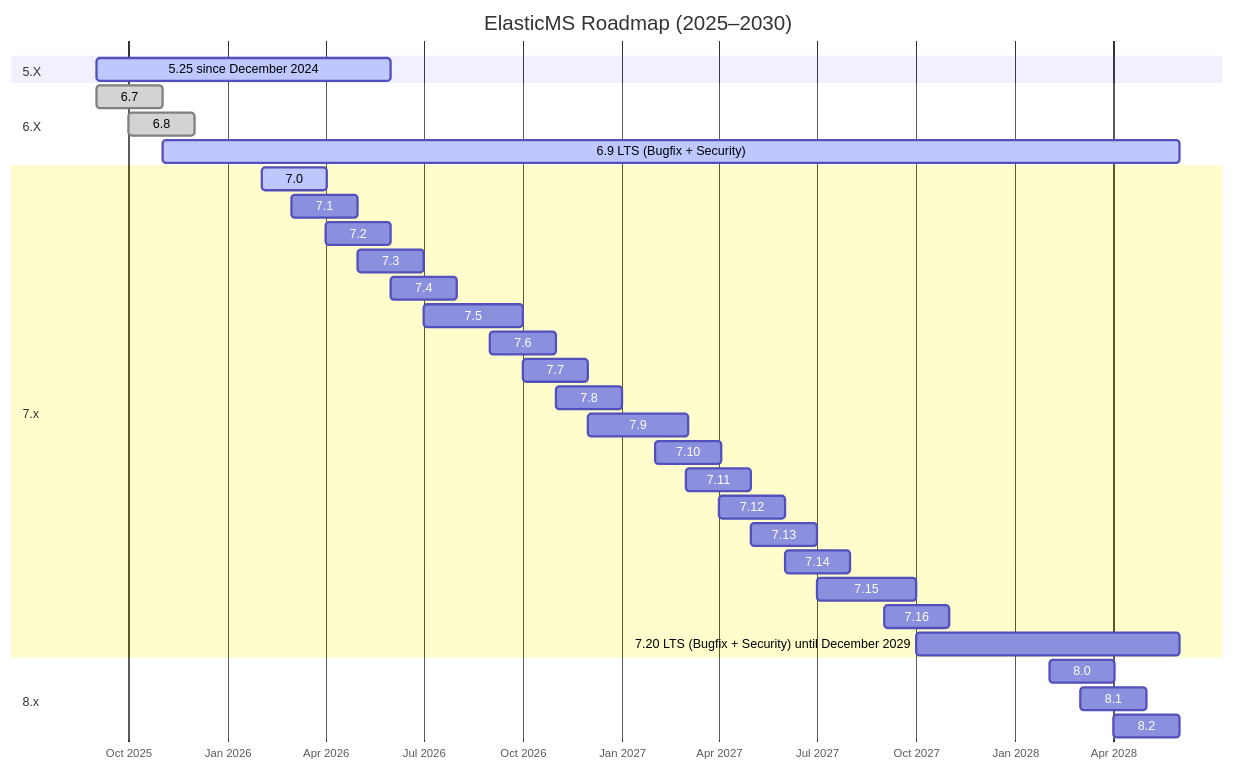
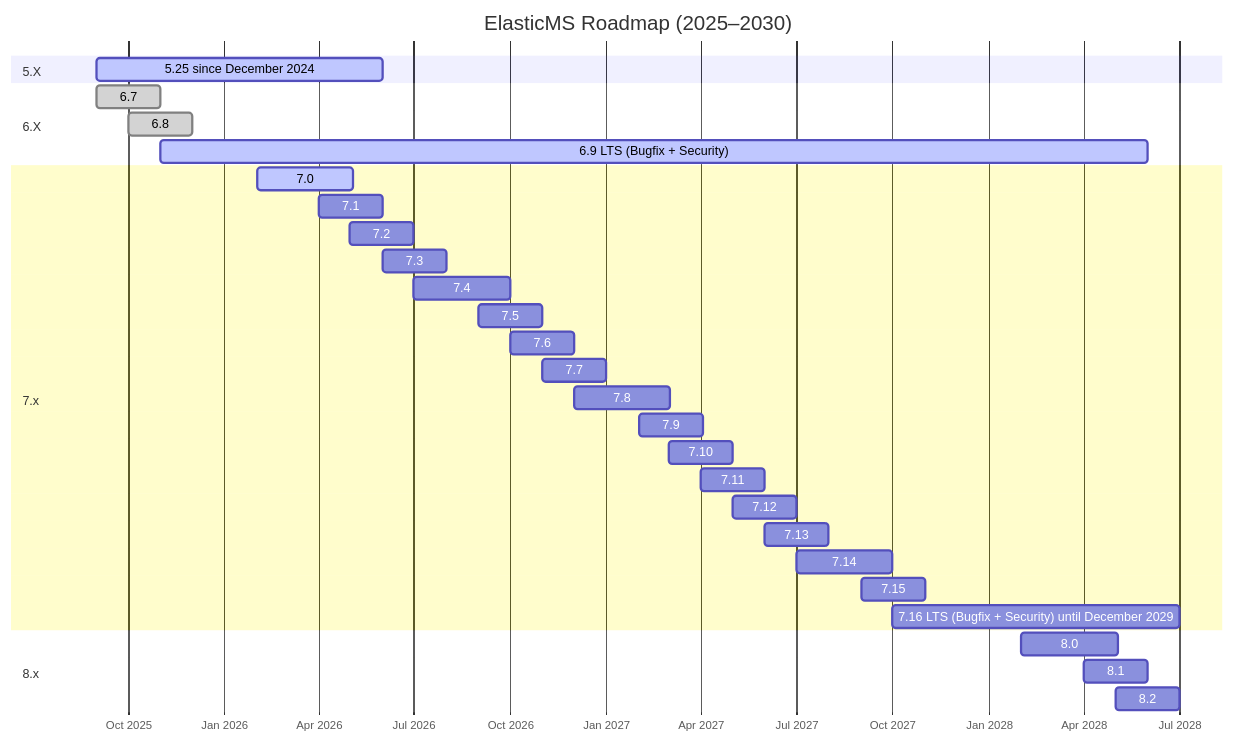
One commit to ems-project/ems-project.github.io changed the diagram in src/getting-started/roadmap.md. Above: the diagram before and after it, drawn with Mermaid.

Commit message:
docs: new roadmap (#1655)

````diff
--- a/src/getting-started/roadmap.md
+++ b/src/getting-started/roadmap.md
@@ -81,39 +81,38 @@
 ```mermaid
 gantt
     title ElasticMS Roadmap (2025–2030)
     dateFormat  YYYY-MM
     axisFormat  %b %Y
 
     section 5.X
     5.25 since December 2024           :active, v525, 2025-09, 2026-06
 
     section 6.X
     6.7                                :done, v76, 2025-09, 61d
     6.8                                :done, v76, 2025-10, 61d
     6.9 LTS (Bugfix + Security)        :active, lts69, 2025-11, 2028-06
 
     section 7.x
-    7.0                                :active, v70, 2026-02, 61d
-    7.1                                :v71, 2026-03, 61d
-    7.2                                :v72, 2026-04, 61d
-    7.3                                :v73, 2026-05, 61d
-    7.4                                :v74, 2026-06, 61d
-    7.5                                :v75, 2026-07, 92d
-    7.6                                :v76, 2026-09, 61d
-    7.7                                :v77, 2026-10, 61d
-    7.8                                :v78, 2026-11, 61d
-    7.9                                :v79, 2026-12, 92d
-    7.10                               :v710, 2027-02, 61d
-    7.11                               :v711, 2027-03, 61d
-    7.12                               :v712, 2027-04, 61d
-    7.13                               :v713, 2027-05, 61d
-    7.14                               :v714, 2027-06, 61d
-    7.15                               :v715, 2027-07, 92d
-    7.16                               :v716, 2027-09, 61d
-    7.20 LTS (Bugfix + Security) until December 2029        :lts720, 2027-10, 2028-06
+    7.0                                :active, v70, 2026-02, 92d
+    7.1                                :v71, 2026-04, 61d
+    7.2                                :v72, 2026-05, 61d
+    7.3                                :v73, 2026-06, 61d
+    7.4                                :v74, 2026-07, 92d
+    7.5                                :v75, 2026-09, 61d
+    7.6                                :v76, 2026-10, 61d
+    7.7                                :v77, 2026-11, 61d
+    7.8                                :v78, 2026-12, 92d
+    7.9                                :v79, 2027-02, 61d
+    7.10                               :v710, 2027-03, 61d
+    7.11                               :v711, 2027-04, 61d
+    7.12                               :v712, 2027-05, 61d
+    7.13                               :v713, 2027-06, 61d
+    7.14                               :v714, 2027-07, 92d
+    7.15                               :v715, 2027-09, 61d
+    7.16 LTS (Bugfix + Security) until December 2029        :lts716, 2027-10, 2028-07
 
     section 8.x
-    8.0                                :major, 2028-02, 61d
-    8.1                                :v81, 2028-03, 61d
-    8.2                                :v82, 2028-04, 61d
+    8.0                                :major, 2028-02, 92d
+    8.1                                :v81, 2028-04, 61d
+    8.2                                :v82, 2028-05, 61d
 ```
````
